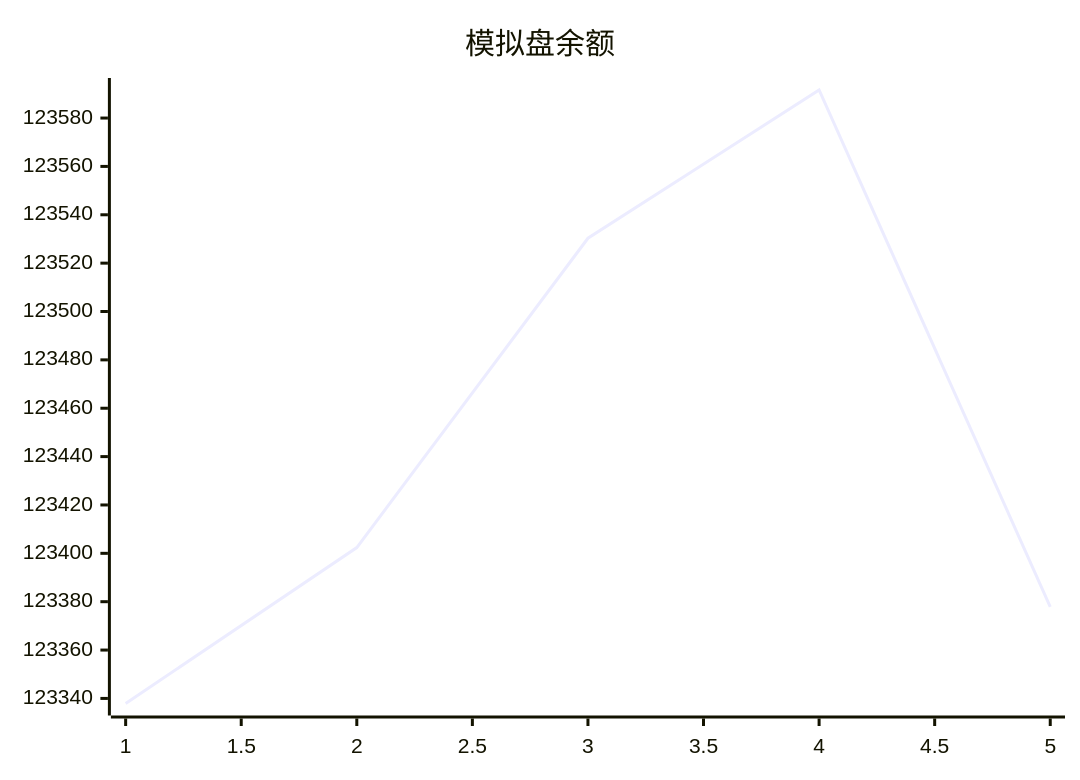
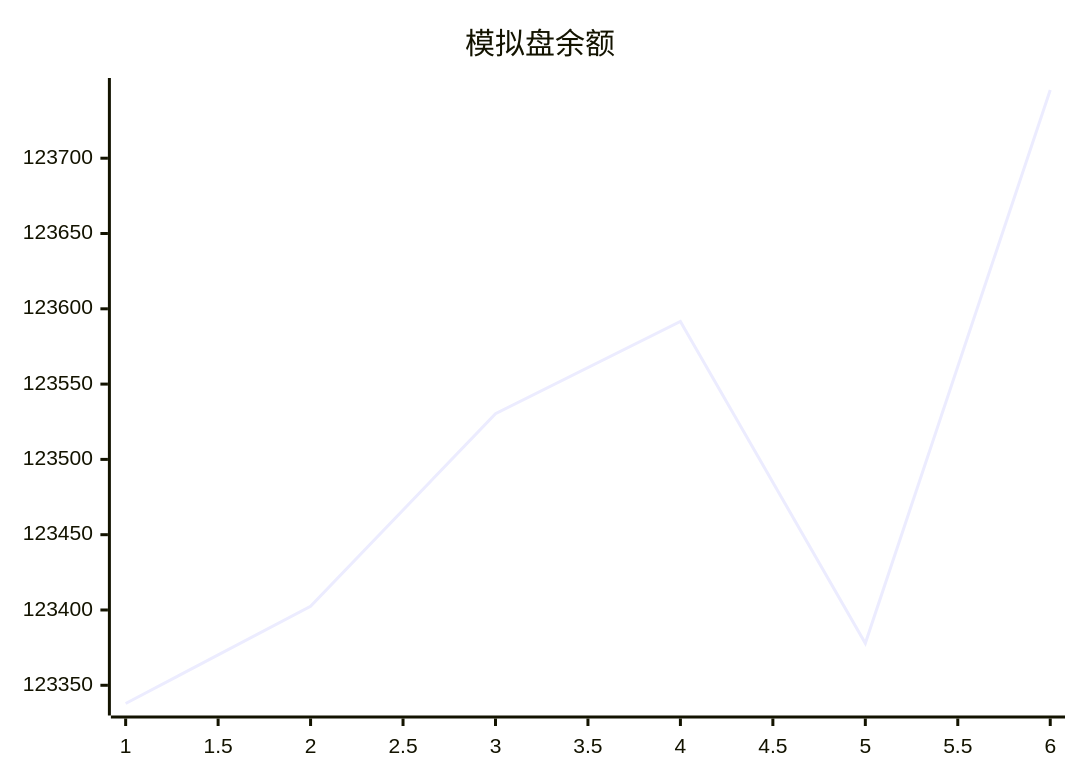
Before and after one commit to aahl/mcp-aktools: the diagram in trading/README.md, drawn with Mermaid. The commit also changed 1 other file, not shown here.

Commit message:
📈 AkTools MCP Server

````diff
--- a/trading/README.md
+++ b/trading/README.md
@@ -3,5 +3,5 @@
 ```mermaid
 xychart
     title "模拟盘余额"
-    line [123337.9,123402.4,123530.3,123591.6,123377.9]
+    line [123337.9,123402.4,123530.3,123591.6,123377.9,123745.3]
 ```
````
